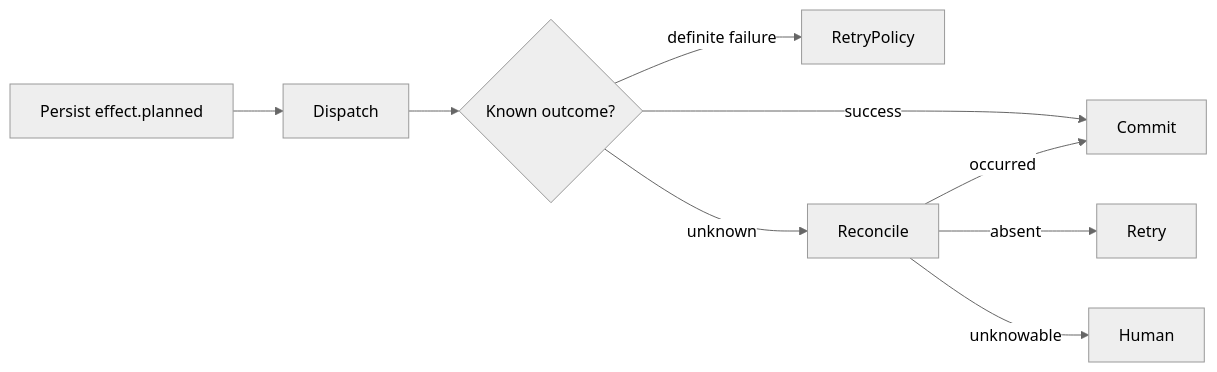
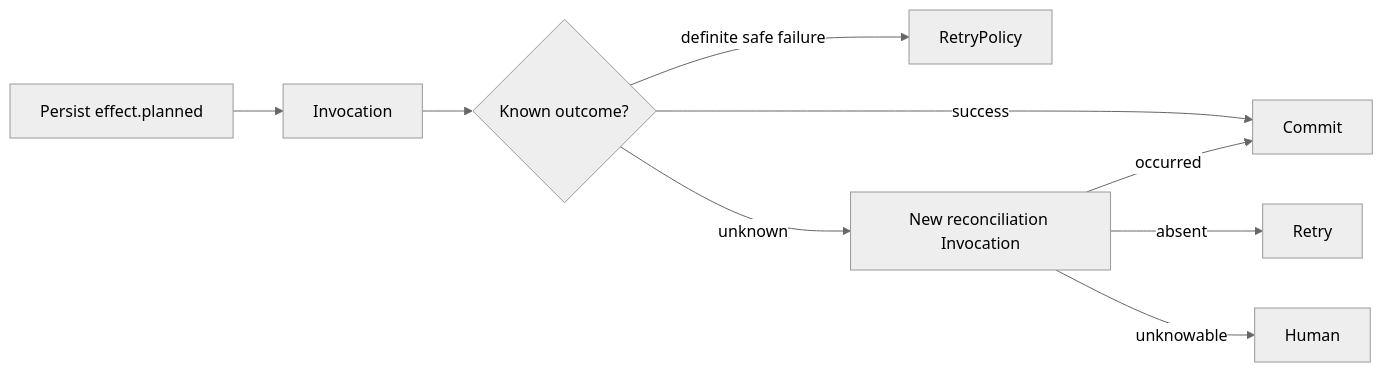
One commit to thaithienvanid/agentic-reference-architecture changed diagram 14 of 15 in diagrams/index.mdx. Above: the diagram before and after it, drawn with Mermaid (neutral theme). The commit also changed other lines of this file, not shown here.

Commit message:
align diagram pack with canonical documentation and runtime model

````diff
--- a/diagrams/index.mdx
+++ b/diagrams/index.mdx
@@ -225,11 +252,11 @@
 ```mermaid
 flowchart LR
-  Plan["Persist effect.planned"] --> Dispatch
-  Dispatch --> Outcome{"Known outcome?"}
+  Plan["Persist effect.planned"] --> Invoke["Invocation"]
+  Invoke --> Outcome{"Known outcome?"}
   Outcome -->|success| Commit
-  Outcome -->|definite failure| RetryPolicy
-  Outcome -->|unknown| Reconcile
+  Outcome -->|definite safe failure| RetryPolicy
+  Outcome -->|unknown| Reconcile["New reconciliation Invocation"]
   Reconcile -->|occurred| Commit
   Reconcile -->|absent| Retry
   Reconcile -->|unknowable| Human
 ```
````
